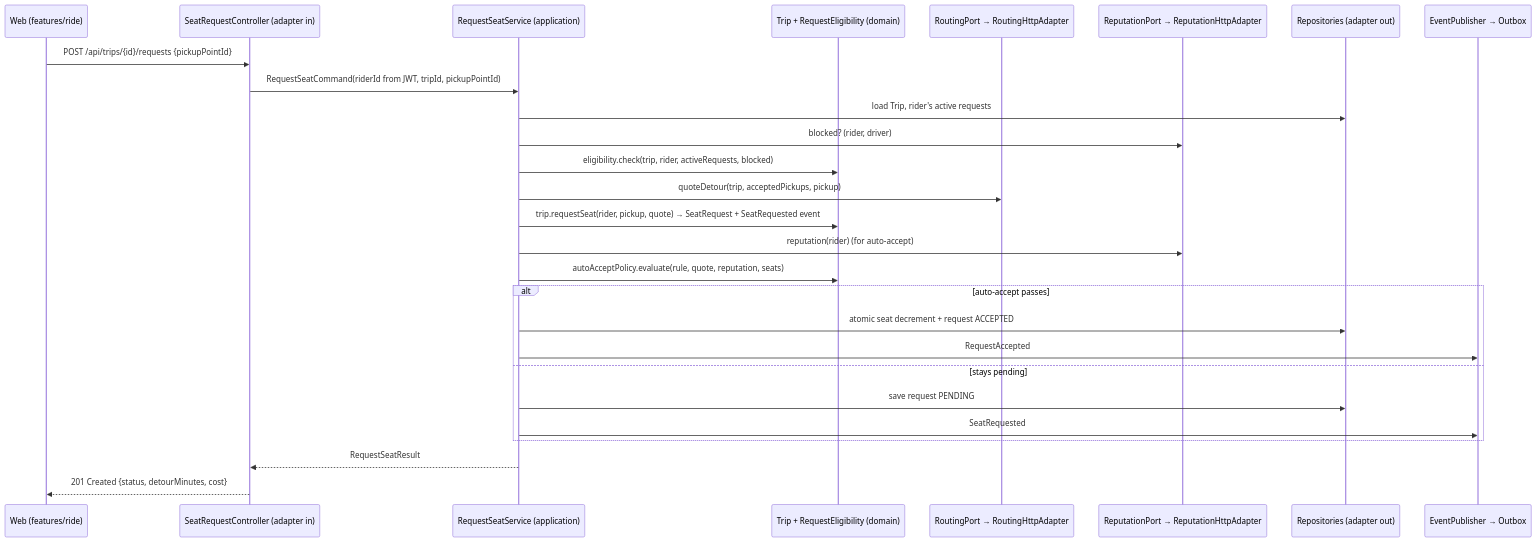
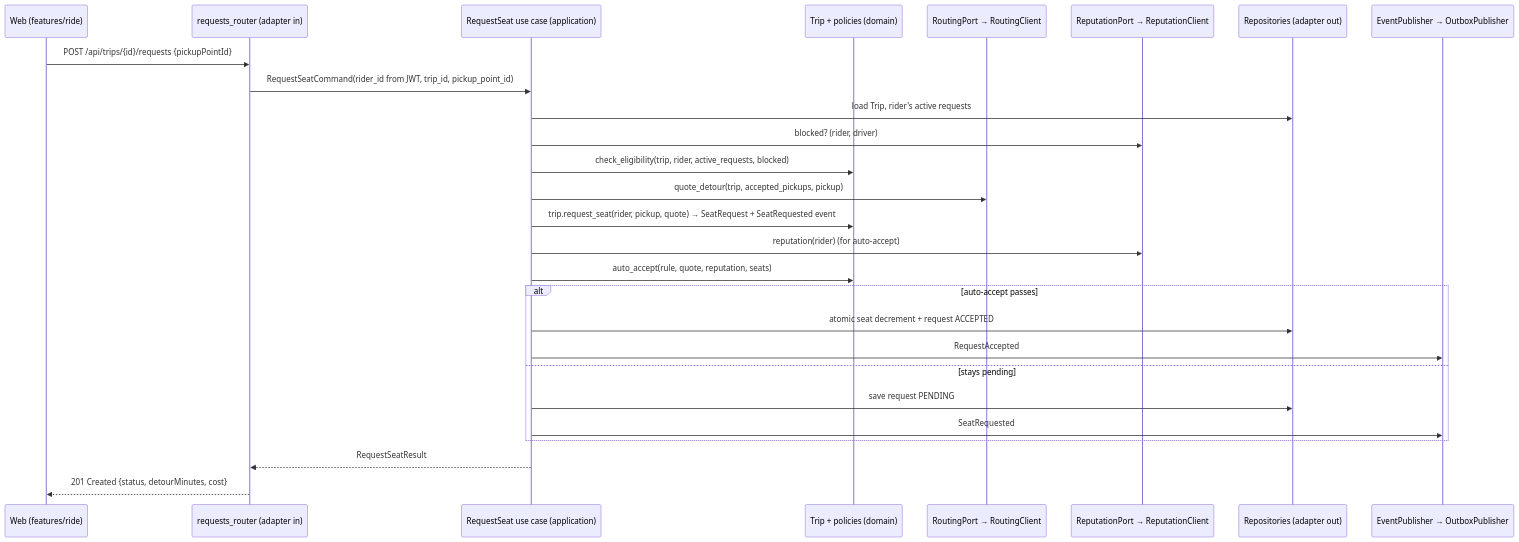
Before and after one commit to Andrew-Ih/COMP-4350-Group5-GetDrove: the second of 3 diagrams in implementation-plan.md, drawn with Mermaid. The commit also changed other lines of this file and 12 other files, not shown here.

````diff
--- a/implementation-plan.md
+++ b/implementation-plan.md
@@ -1237,30 +1221,30 @@
 ```mermaid
 sequenceDiagram
     participant UI as Web (features/ride)
-    participant C as SeatRequestController (adapter in)
-    participant UC as RequestSeatService (application)
-    participant D as Trip + RequestEligibility (domain)
-    participant R as RoutingPort → RoutingHttpAdapter
-    participant A as ReputationPort → ReputationHttpAdapter
+    participant C as requests_router (adapter in)
+    participant UC as RequestSeat use case (application)
+    participant D as Trip + policies (domain)
+    participant R as RoutingPort → RoutingClient
+    participant A as ReputationPort → ReputationClient
     participant P as Repositories (adapter out)
-    participant E as EventPublisher → Outbox
+    participant E as EventPublisher → OutboxPublisher
 
     UI->>C: POST /api/trips/{id}/requests {pickupPointId}
-    C->>UC: RequestSeatCommand(riderId from JWT, tripId, pickupPointId)
+    C->>UC: RequestSeatCommand(rider_id from JWT, trip_id, pickup_point_id)
     UC->>P: load Trip, rider's active requests
     UC->>A: blocked? (rider, driver)
-    UC->>D: eligibility.check(trip, rider, activeRequests, blocked)
-    UC->>R: quoteDetour(trip, acceptedPickups, pickup)
-    UC->>D: trip.requestSeat(rider, pickup, quote) → SeatRequest + SeatRequested event
+    UC->>D: check_eligibility(trip, rider, active_requests, blocked)
+    UC->>R: quote_detour(trip, accepted_pickups, pickup)
+    UC->>D: trip.request_seat(rider, pickup, quote) → SeatRequest + SeatRequested event
     UC->>A: reputation(rider) (for auto-accept)
-    UC->>D: autoAcceptPolicy.evaluate(rule, quote, reputation, seats)
+    UC->>D: auto_accept(rule, quote, reputation, seats)
     alt auto-accept passes
         UC->>P: atomic seat decrement + request ACCEPTED
         UC->>E: RequestAccepted
     else stays pending
         UC->>P: save request PENDING
         UC->>E: SeatRequested
     end
     UC-->>C: RequestSeatResult
     C-->>UI: 201 Created {status, detourMinutes, cost}
 ```
````
